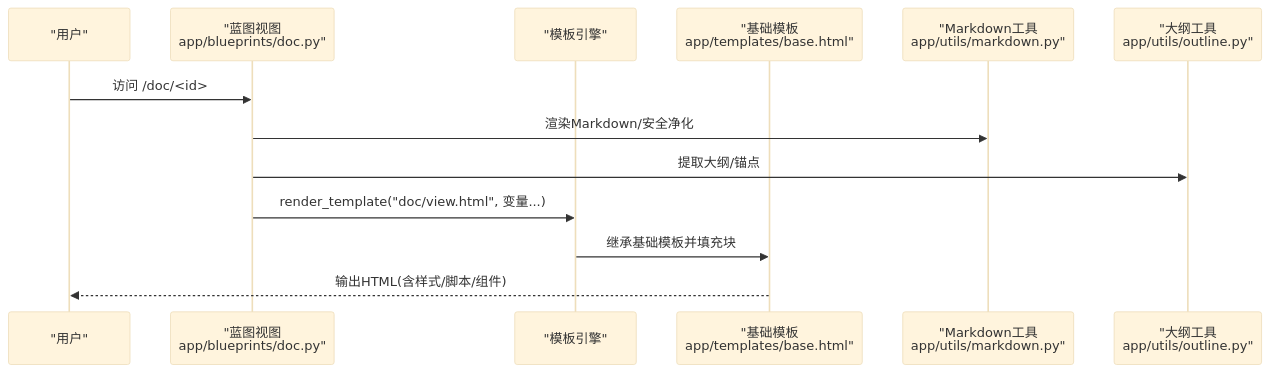
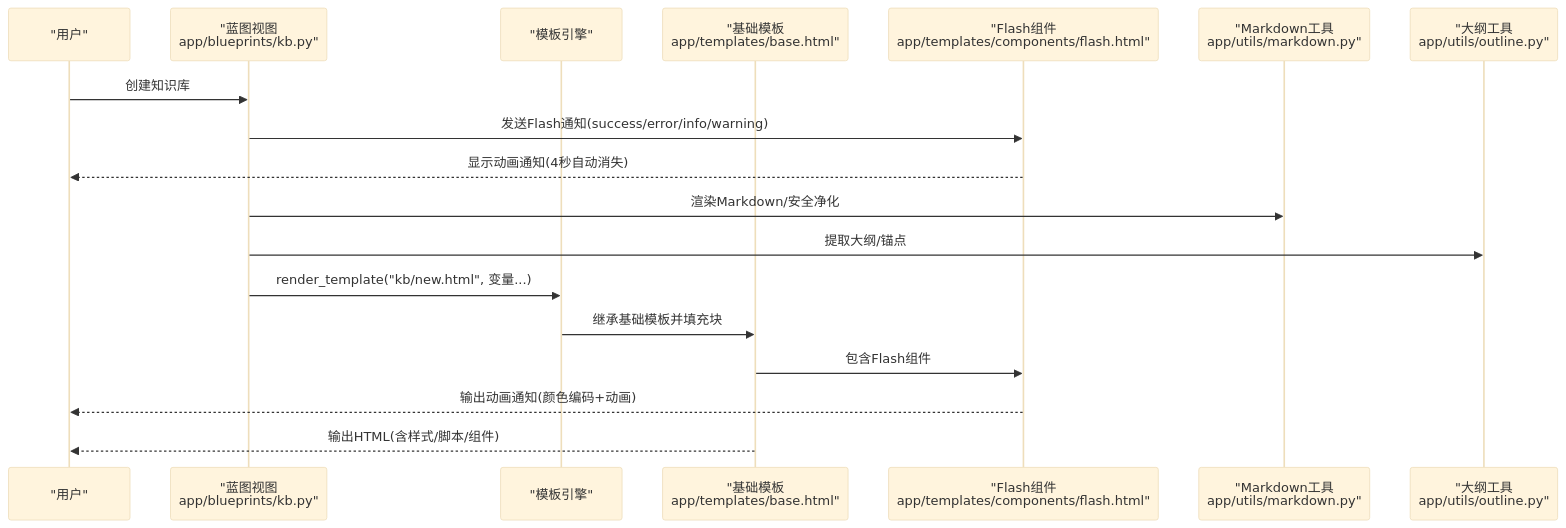
Before and after one commit to beyondalbert/my_wiki: the second of 8 diagrams in .qoder/repowiki/zh/content/前端模板系统.md, drawn with Mermaid (base theme). The commit also changed other lines of this file and 12 other files, not shown here.

````diff
--- a/.qoder/repowiki/zh/content/前端模板系统.md
+++ b/.qoder/repowiki/zh/content/前端模板系统.md
@@ -96,15 +126,20 @@
 ```mermaid
 sequenceDiagram
 participant U as "用户"
-participant BP as "蓝图视图<br/>app/blueprints/doc.py"
+participant BP as "蓝图视图<br/>app/blueprints/kb.py"
 participant T as "模板引擎"
 participant B as "基础模板<br/>app/templates/base.html"
+participant F as "Flash组件<br/>app/templates/components/flash.html"
 participant MD as "Markdown工具<br/>app/utils/markdown.py"
 participant OL as "大纲工具<br/>app/utils/outline.py"
-U->>BP : 访问 /doc/<id>
+U->>BP : 创建知识库
+BP->>F : 发送Flash通知(success/error/info/warning)
+F-->>U : 显示动画通知(4秒自动消失)
 BP->>MD : 渲染Markdown/安全净化
 BP->>OL : 提取大纲/锚点
-BP->>T : render_template("doc/view.html", 变量...)
+BP->>T : render_template("kb/new.html", 变量...)
 T->>B : 继承基础模板并填充块
+B->>F : 包含Flash组件
+F-->>U : 输出动画通知(颜色编码+动画)
 B-->>U : 输出HTML(含样式/脚本/组件)
 ```
````
